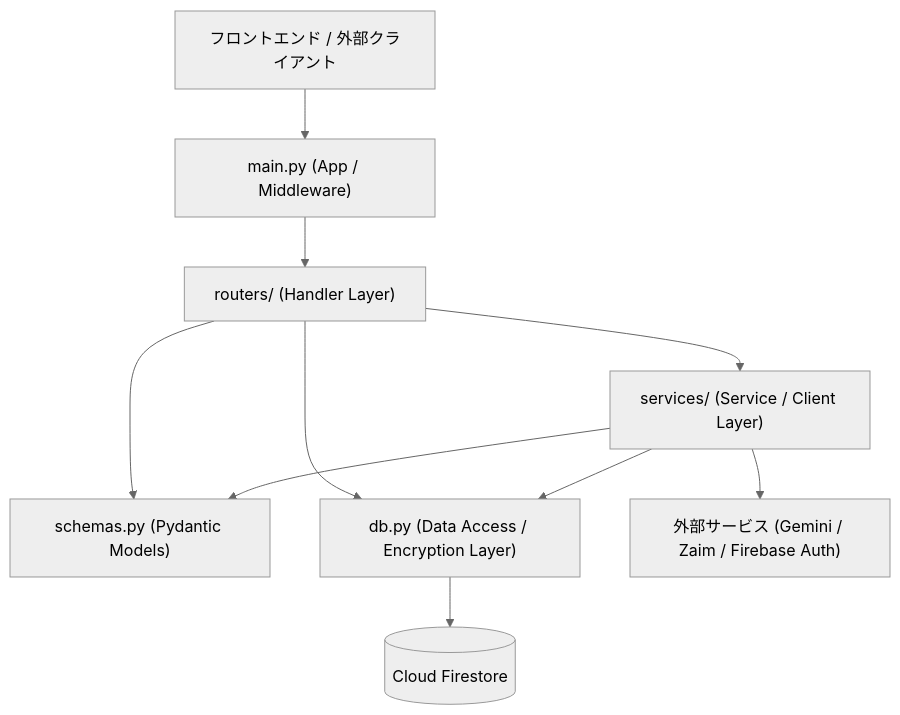
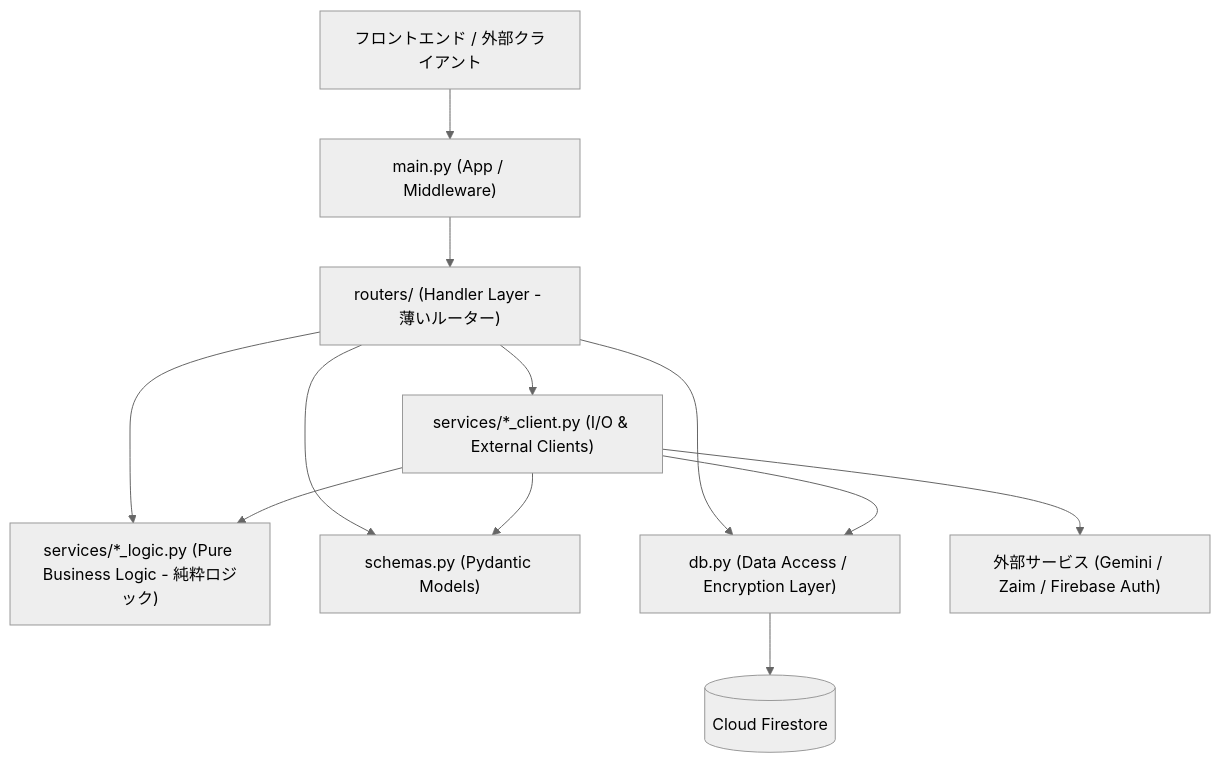
One commit to y-kbys/zaim-lens changed the diagram in .kiro/steering/architecture.md. Above: the diagram before and after it, drawn with Mermaid (neutral theme). The commit also changed other lines of this file and 1 other file, not shown here.

First line of the commit message:
docs: update steering with pure logic and layered architecture patterns

````diff
--- a/.kiro/steering/architecture.md
+++ b/.kiro/steering/architecture.md
@@ -11,12 +11,14 @@
 ```mermaid
 graph TD
     Client["フロントエンド / 外部クライアント"] --> Main["main.py (App / Middleware)"]
-    Main --> Routers["routers/ (Handler Layer)"]
-    Routers --> Services["services/ (Service / Client Layer)"]
+    Main --> Routers["routers/ (Handler Layer - 薄いルーター)"]
+    Routers --> Logic["services/*_logic.py (Pure Business Logic - 純粋ロジック)"]
+    Routers --> Services["services/*_client.py (I/O & External Clients)"]
     Routers --> Schemas["schemas.py (Pydantic Models)"]
     Routers --> DB["db.py (Data Access / Encryption Layer)"]
+    Services --> Logic
     Services --> DB
     Services --> Schemas
     Services --> External["外部サービス (Gemini / Zaim / Firebase Auth)"]
     DB --> Firestore[("Cloud Firestore")]
 ```
````
